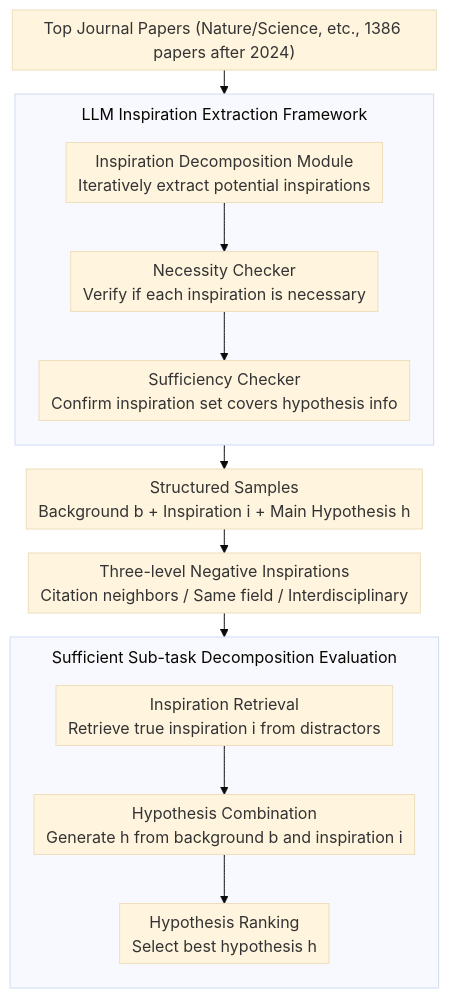
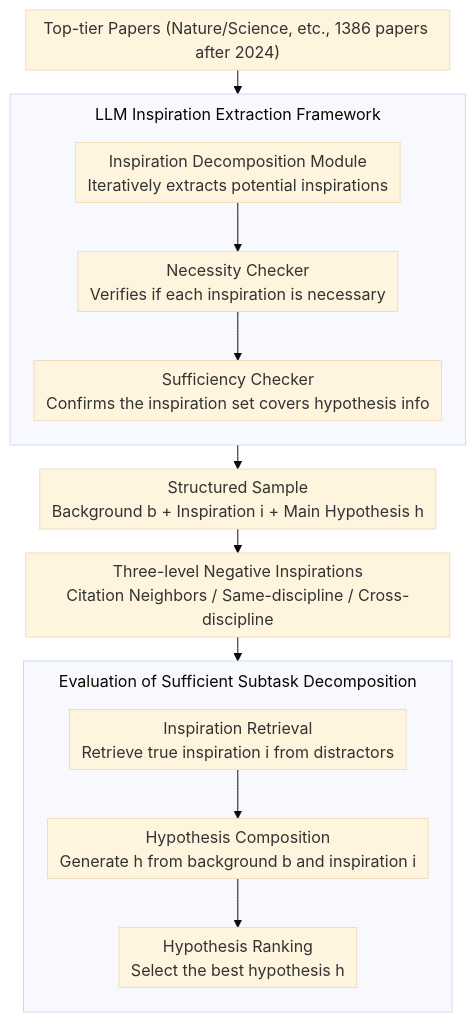
Before and after one commit to zhaoyang97/Paper-Notes-en: the diagram in docs/ACL2026/llm_evaluation/researchbench_benchmarking_llms_in_scientific_discovery_via_inspiration-based_ta.md, drawn with Mermaid (base theme). The commit also changed other lines of this file and 5084 other files, not shown here.

````diff
--- a/docs/ACL2026/llm_evaluation/researchbench_benchmarking_llms_in_scientific_discovery_via_inspiration-based_ta.md
+++ b/docs/ACL2026/llm_evaluation/researchbench_benchmarking_llms_in_scientific_discovery_via_inspiration-based_ta.md
@@ -44,18 +44,18 @@
 ```mermaid
 %%{init: {'flowchart': {'rankSpacing': 24, 'nodeSpacing': 28, 'padding': 6, 'wrappingWidth': 400, 'subGraphTitleMargin': {'top': 8, 'bottom': 16}}}}%%
 flowchart TD
-    A["Top Journal Papers (Nature/Science, etc., 1386 papers after 2024)"] --> B
+    A["Top-tier Papers (Nature/Science, etc., 1386 papers after 2024)"] --> B
     subgraph EXT["LLM Inspiration Extraction Framework"]
         direction TB
-        B["Inspiration Decomposition Module<br/>Iteratively extract potential inspirations"] --> C["Necessity Checker<br/>Verify if each inspiration is necessary"]
-        C --> D["Sufficiency Checker<br/>Confirm inspiration set covers hypothesis info"]
+        B["Inspiration Decomposition Module<br/>Iteratively extracts potential inspirations"] --> C["Necessity Checker<br/>Verifies if each inspiration is necessary"]
+        C --> D["Sufficiency Checker<br/>Confirms the inspiration set covers hypothesis info"]
     end
-    D --> E["Structured Samples<br/>Background b + Inspiration i + Main Hypothesis h"]
-    E --> F["Three-level Negative Inspirations<br/>Citation neighbors / Same field / Interdisciplinary"]
+    D --> E["Structured Sample<br/>Background b + Inspiration i + Main Hypothesis h"]
+    E --> F["Three-level Negative Inspirations<br/>Citation Neighbors / Same-discipline / Cross-discipline"]
     F --> G
-    subgraph TASK["Sufficient Sub-task Decomposition Evaluation"]
+    subgraph TASK["Evaluation of Sufficient Subtask Decomposition"]
         direction TB
-        G["Inspiration Retrieval<br/>Retrieve true inspiration i from distractors"] --> H["Hypothesis Combination<br/>Generate h from background b and inspiration i"]
-        H --> I["Hypothesis Ranking<br/>Select best hypothesis h"]
+        G["Inspiration Retrieval<br/>Retrieve true inspiration i from distractors"] --> H["Hypothesis Composition<br/>Generate h from background b and inspiration i"]
+        H --> I["Hypothesis Ranking<br/>Select the best hypothesis h"]
     end
 ```
````
